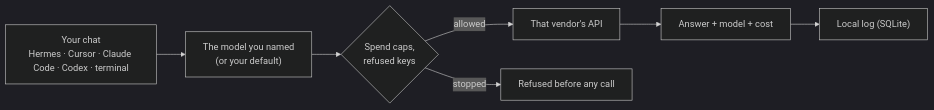
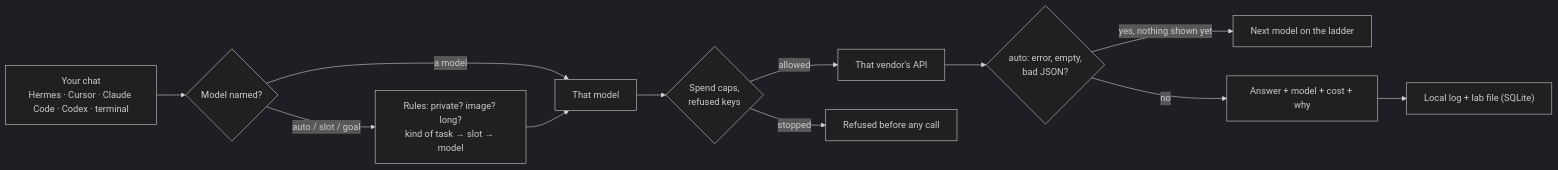
One commit to j-zulick/crossvet changed the diagram in README.md. Above: the diagram before and after it, drawn with Mermaid (dark theme). The commit also changed other lines of this file and 53 other files, not shown here.

First line of the commit message:
Crossvet v3.0.0: pick the model, or let Crossvet choose and show why

````diff
--- a/README.md
+++ b/README.md
@@ -60,9 +53,14 @@
 ```mermaid
 flowchart LR
-    A["Your chat<br/>Hermes · Cursor · Claude Code · Codex · terminal"] --> B["The model you named<br/>(or your default)"]
-    B --> C{"Spend caps,<br/>refused keys"}
-    C -- "allowed" --> D["That vendor's API"]
+    A["Your chat<br/>Hermes · Cursor · Claude Code · Codex · terminal"] --> B{"Model named?"}
+    B -- "a model" --> D["That model"]
+    B -- "auto / slot / goal" --> R["Rules: private? image? long?<br/>kind of task → slot → model"]
+    R --> D
+    D --> C{"Spend caps,<br/>refused keys"}
+    C -- "allowed" --> V["That vendor's API"]
     C -- "stopped" --> X["Refused before any call"]
-    D --> E["Answer + model + cost"]
-    E --> F["Local log (SQLite)"]
+    V --> K{"auto: error, empty,<br/>bad JSON?"}
+    K -- "yes, nothing shown yet" --> N["Next model on the ladder"]
+    K -- "no" --> E["Answer + model + cost + why"]
+    E --> F["Local log + lab file (SQLite)"]
 ```
````
